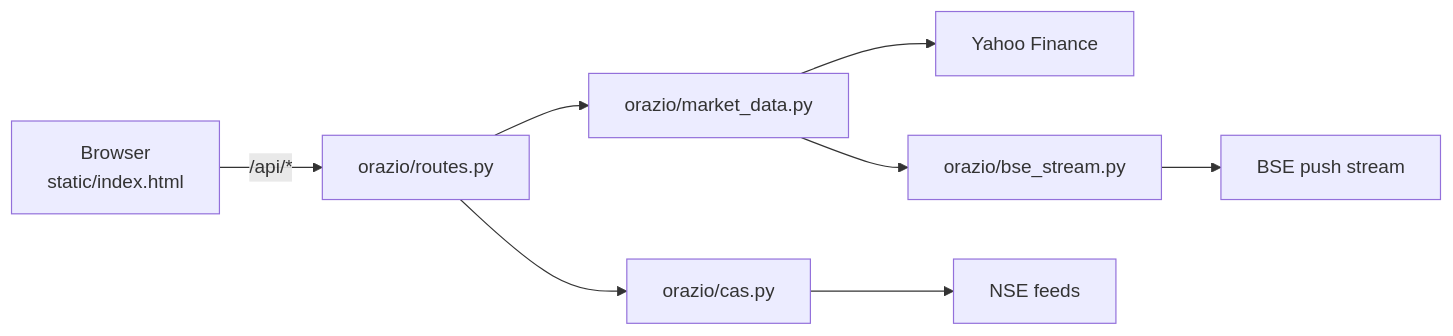
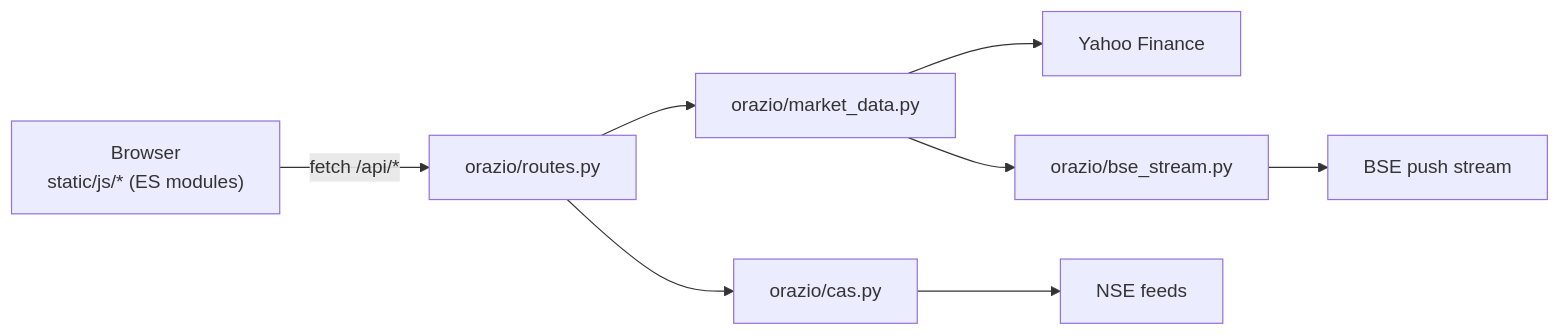
Before and after one commit to prathamkul007-max/trading-view-self-host: the diagram in README.md, drawn with Mermaid. The commit also changed other lines of this file, not shown here.

````diff
--- a/README.md
+++ b/README.md
@@ -43,7 +47,7 @@
 ```mermaid
 flowchart LR
-    B["Browser<br/>static/index.html"] -- "/api/*" --> R["orazio/routes.py"]
+    UI["Browser<br/>static/js/* (ES modules)"] -- "fetch /api/*" --> R["orazio/routes.py"]
     R --> M["orazio/market_data.py"] --> Y["Yahoo Finance"]
     R --> C["orazio/cas.py"] --> N["NSE feeds"]
     M --> S["orazio/bse_stream.py"] --> BSE["BSE push stream"]
 ```
````
